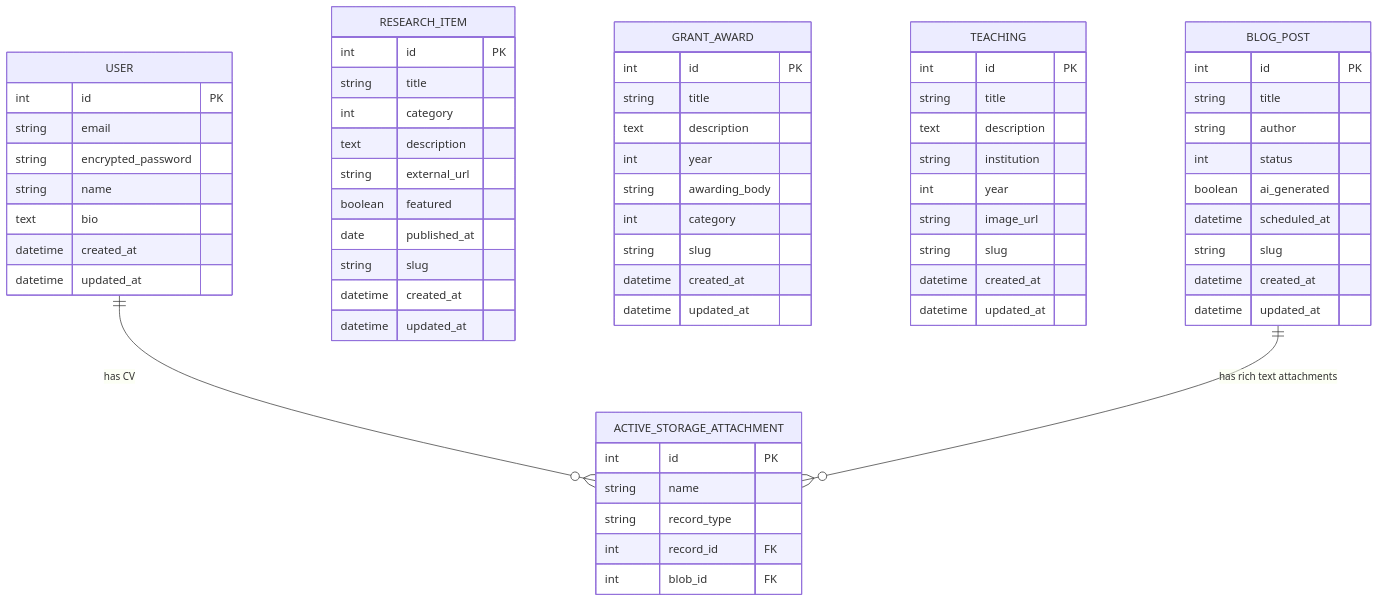
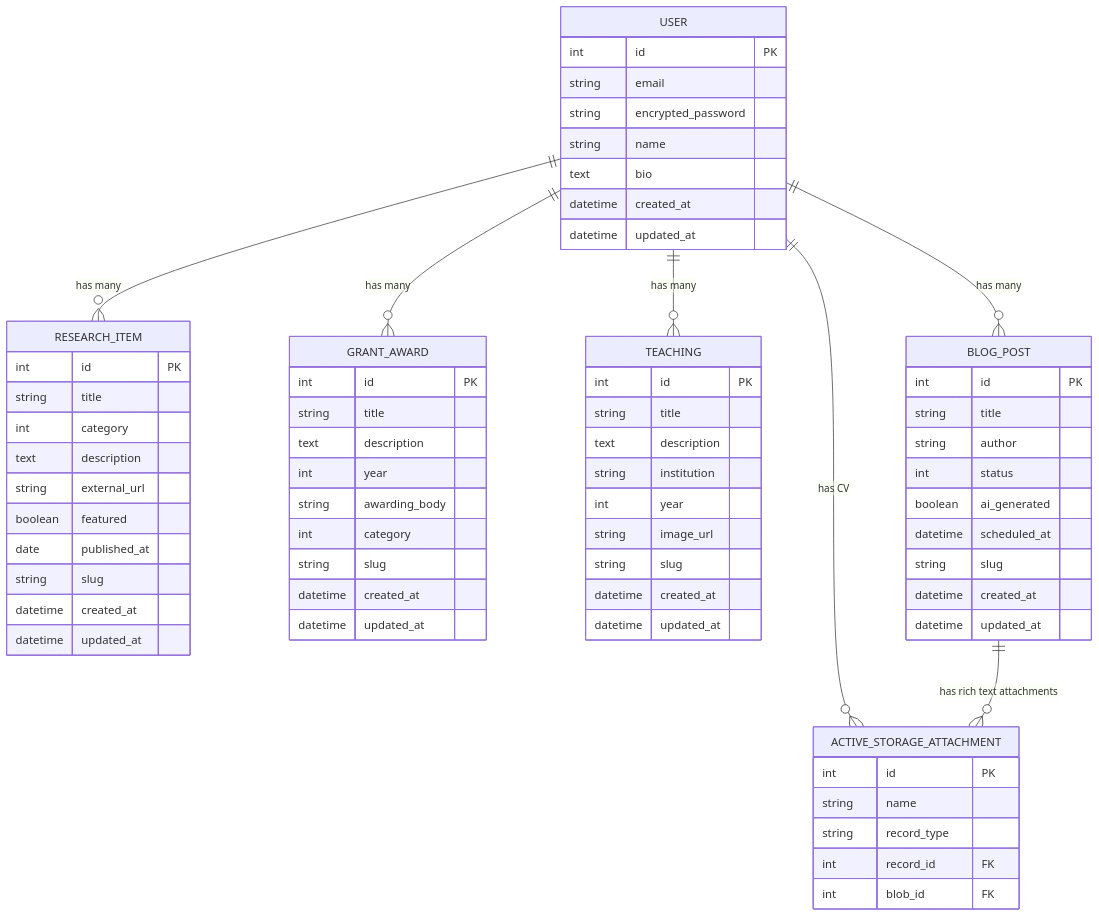
One commit to louiskb/isarak-portfolio changed the diagram in docs/ERD.md. Above: the diagram before and after it, drawn with Mermaid. The commit also changed other lines of this file and 14 other files, not shown here.

````diff
--- a/docs/ERD.md
+++ b/docs/ERD.md
@@ -3,72 +3,76 @@
 ```mermaid
 erDiagram
     USER {
         int id PK
         string email
         string encrypted_password
         string name
         text bio
         datetime created_at
         datetime updated_at
     }
 
     RESEARCH_ITEM {
         int id PK
         string title
         int category
         text description
         string external_url
         boolean featured
         date published_at
         string slug
         datetime created_at
         datetime updated_at
     }
 
     GRANT_AWARD {
         int id PK
         string title
         text description
         int year
         string awarding_body
         int category
         string slug
         datetime created_at
         datetime updated_at
     }
 
     TEACHING {
         int id PK
         string title
         text description
         string institution
         int year
         string image_url
         string slug
         datetime created_at
         datetime updated_at
     }
 
     BLOG_POST {
         int id PK
         string title
         string author
         int status
         boolean ai_generated
         datetime scheduled_at
         string slug
         datetime created_at
         datetime updated_at
     }
 
     ACTIVE_STORAGE_ATTACHMENT {
         int id PK
         string name
         string record_type
         int record_id FK
         int blob_id FK
     }
 
+    USER ||--o{ RESEARCH_ITEM : "has many"
+    USER ||--o{ GRANT_AWARD : "has many"
+    USER ||--o{ TEACHING : "has many"
+    USER ||--o{ BLOG_POST : "has many"
     USER ||--o{ ACTIVE_STORAGE_ATTACHMENT : "has CV"
     BLOG_POST ||--o{ ACTIVE_STORAGE_ATTACHMENT : "has rich text attachments"
 ```
````
